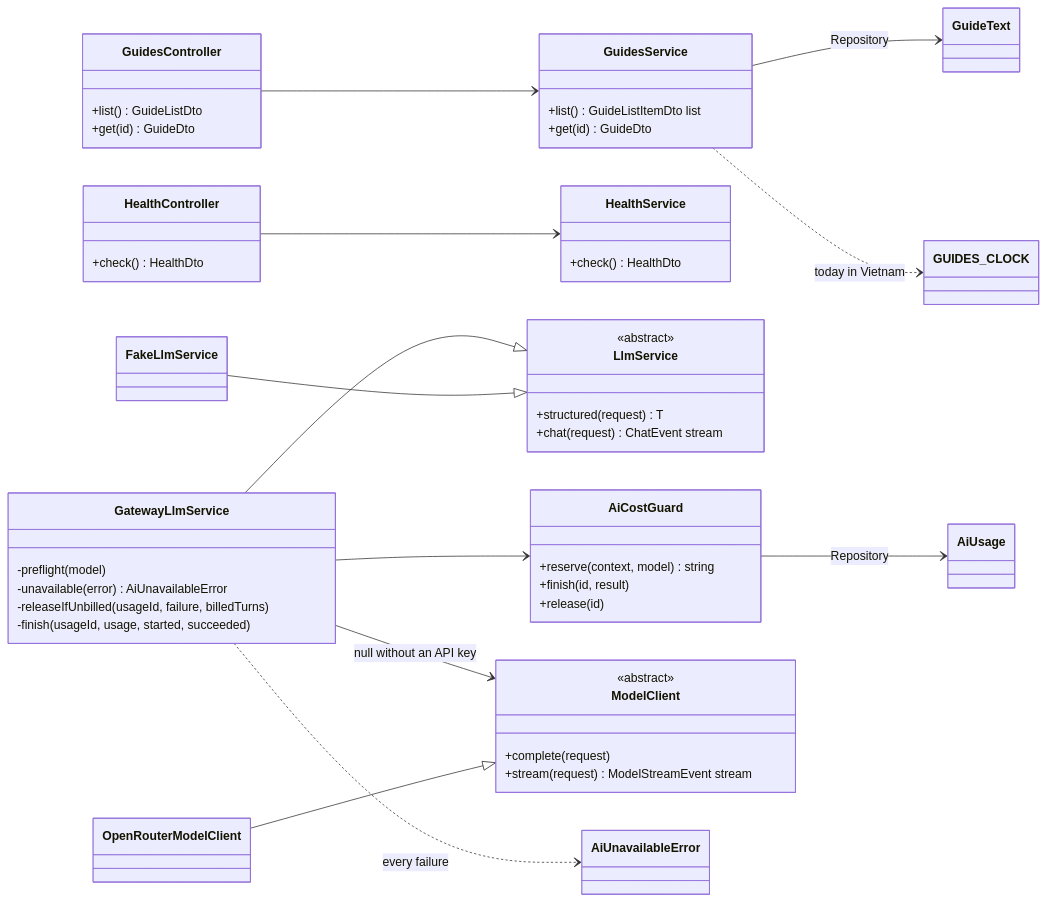
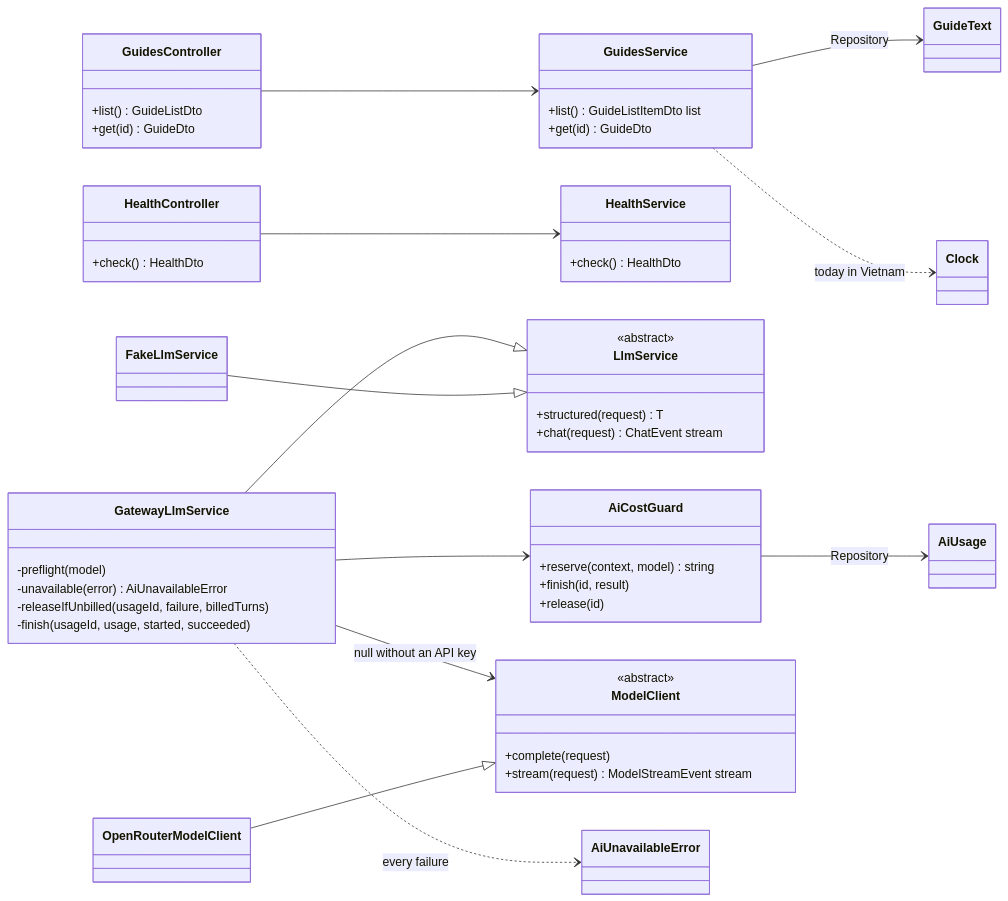
Before and after one commit to LLaammTTeerr/omnicourses: diagram 15 of 17 in docs/analysis-and-design/class-model.md, drawn with Mermaid. The commit also changed 1 other file, not shown here.

Commit message:
docs(design): name the injected clock of the guides

````diff
--- a/docs/analysis-and-design/class-model.md
+++ b/docs/analysis-and-design/class-model.md
@@ -1126,56 +1126,56 @@
 ```mermaid
 classDiagram
     direction LR
     class GuidesController {
         +list() GuideListDto
         +get(id) GuideDto
     }
     class GuidesService {
         +list() GuideListItemDto list
         +get(id) GuideDto
     }
     class HealthController {
         +check() HealthDto
     }
     class HealthService {
         +check() HealthDto
     }
     class LlmService {
         <<abstract>>
         +structured(request) T
         +chat(request) ChatEvent stream
     }
     class GatewayLlmService {
         -preflight(model)
         -unavailable(error) AiUnavailableError
         -releaseIfUnbilled(usageId, failure, billedTurns)
         -finish(usageId, usage, started, succeeded)
     }
     class FakeLlmService
     class AiCostGuard {
         +reserve(context, model) string
         +finish(id, result)
         +release(id)
     }
     class ModelClient {
         <<abstract>>
         +complete(request)
         +stream(request) ModelStreamEvent stream
     }
     class OpenRouterModelClient
     class AiUnavailableError
     GuidesController --> GuidesService
     GuidesService --> GuideText : Repository
-    GuidesService ..> GUIDES_CLOCK : today in Vietnam
+    GuidesService ..> Clock : today in Vietnam
     HealthController --> HealthService
     GatewayLlmService --|> LlmService
     FakeLlmService --|> LlmService
     GatewayLlmService --> ModelClient : null without an API key
     GatewayLlmService --> AiCostGuard
     GatewayLlmService ..> AiUnavailableError : every failure
     OpenRouterModelClient --|> ModelClient
     AiCostGuard --> AiUsage : Repository
     class GuideText
-    class GUIDES_CLOCK
+    class Clock
     class AiUsage
 ```
````
